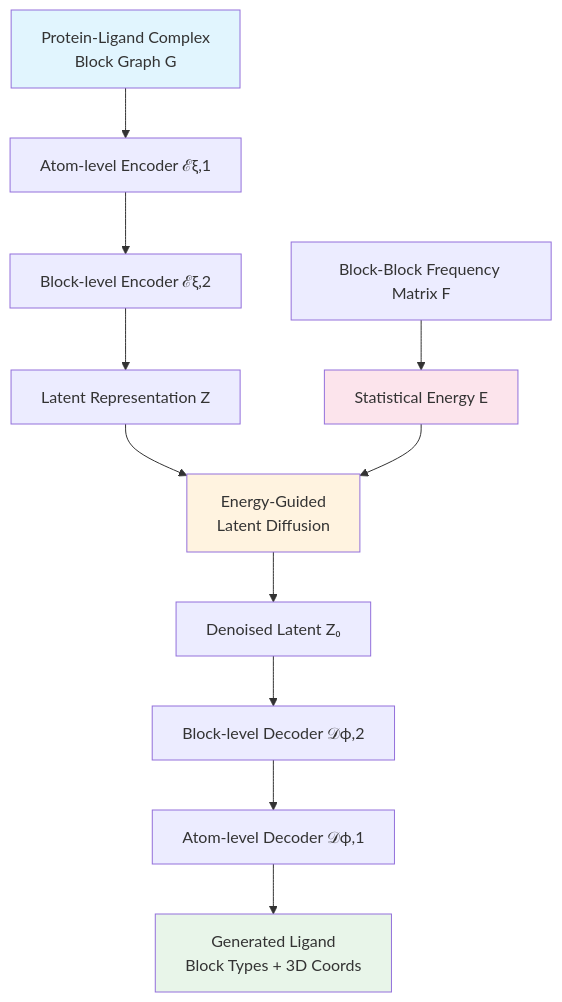
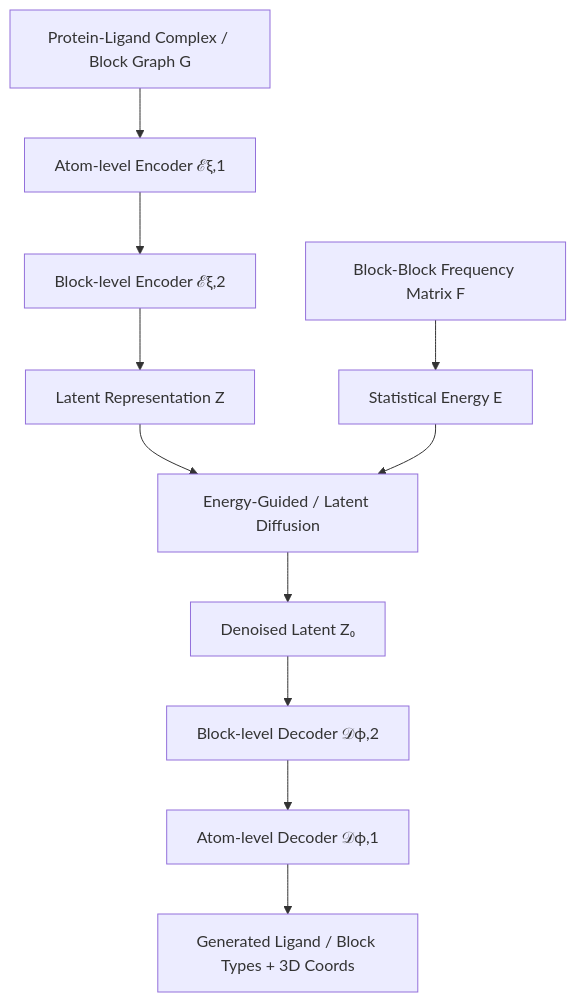
The diagram in _posts/2026-02-19-speclig-energy-guided-ligand-design.md (eightmm/eightmm.github.io), drawn with Mermaid before and after one commit. The commit also changed other lines of this file and 10 other files, not shown here.

````diff
--- a/_posts/2026-02-19-speclig-energy-guided-ligand-design.md
+++ b/_posts/2026-02-19-speclig-energy-guided-ligand-design.md
@@ -47,23 +47,19 @@
 ```mermaid
 graph TD
-    A[Protein-Ligand Complex<br/>Block Graph G] --> B[Atom-level Encoder ℰξ,1]
+    A["Protein-Ligand Complex / Block Graph G"] --> B[Atom-level Encoder ℰξ,1]
     B --> C[Block-level Encoder ℰξ,2]
     C --> D[Latent Representation Z]
     
-    D --> E[Energy-Guided<br/>Latent Diffusion]
+    D --> E["Energy-Guided / Latent Diffusion"]
     
     F[Block-Block Frequency Matrix F] --> G[Statistical Energy E]
     G --> E
     
     E --> H[Denoised Latent Z₀]
     
     H --> I[Block-level Decoder 𝒟ϕ,2]
     I --> J[Atom-level Decoder 𝒟ϕ,1]
     
-    J --> K[Generated Ligand<br/>Block Types + 3D Coords]
+    J --> K["Generated Ligand / Block Types + 3D Coords"]
     
-    style A fill:#e1f5fe
-    style K fill:#e8f5e9
-    style E fill:#fff3e0
-    style G fill:#fce4ec
 ```
````
